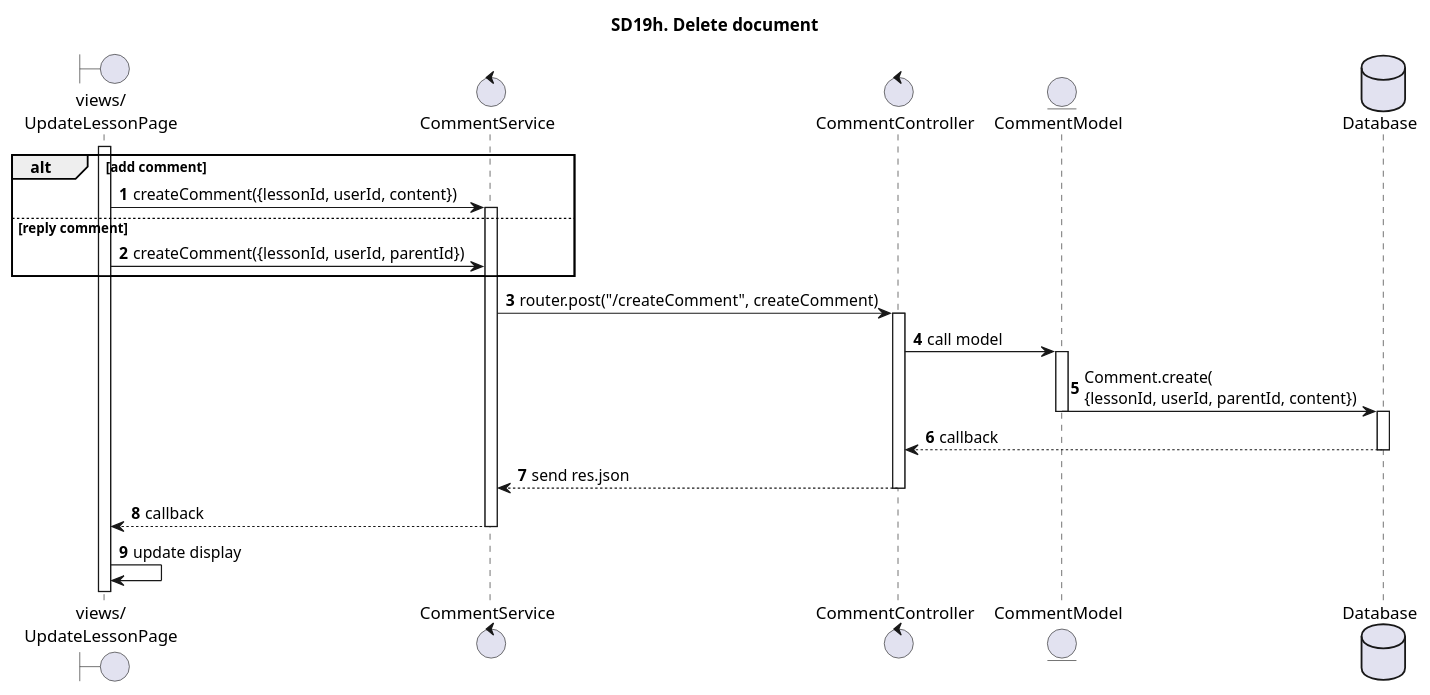
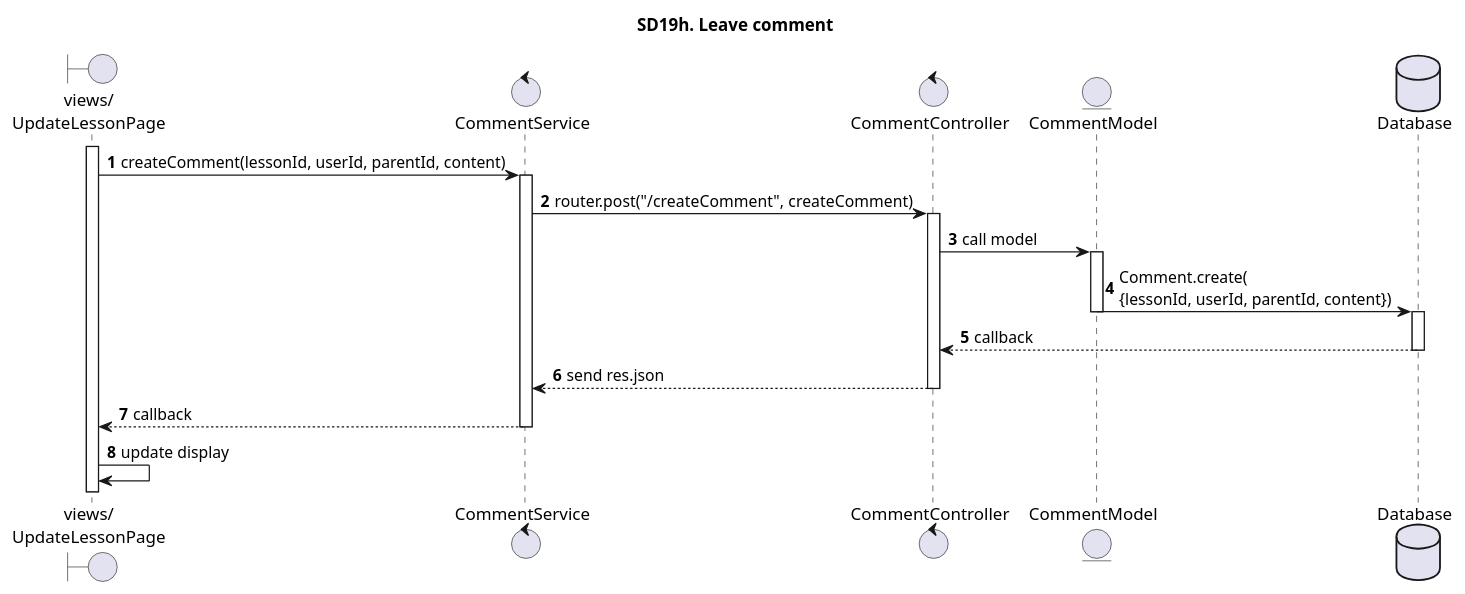
One commit to The-Cookies-Team/UML-Diagrams changed the diagram in SequenceDiagrams/CNPMHDT/sd19h.puml. Above: the diagram before and after it, drawn with PlantUML. The commit also changed 2 other files, not shown here.

```diff
--- a/SequenceDiagrams/CNPMHDT/sd19h.puml
+++ b/SequenceDiagrams/CNPMHDT/sd19h.puml
@@ -1,31 +1,27 @@
 @startuml SQ
 autonumber
-title SD19h. Delete document
+title SD19h. Leave comment
 boundary "views/\nUpdateLessonPage" as UpdateLessonPage
 control "CommentService"
 control "CommentController"
 entity "CommentModel"
 database "Database" as Database
-alt add comment
 activate UpdateLessonPage
-UpdateLessonPage -> CommentService: createComment({lessonId, userId, content})
+UpdateLessonPage -> CommentService: createComment(lessonId, userId, parentId, content)
 activate CommentService
-else reply comment
-UpdateLessonPage -> CommentService: createComment({lessonId, userId, parentId})
-end
 CommentService -> CommentController: router.post("/createComment", createComment)
 activate CommentController
 CommentController -> CommentModel: call model
 activate CommentModel
 CommentModel -> Database: Comment.create(\n{lessonId, userId, parentId, content})
 deactivate CommentModel
 activate Database
 Database --> CommentController: callback
 deactivate Database
 CommentController --> CommentService: send res.json
 deactivate CommentController
 CommentService --> UpdateLessonPage: callback
 deactivate CommentService
 UpdateLessonPage -> UpdateLessonPage: update display
 
 @enduml
```
